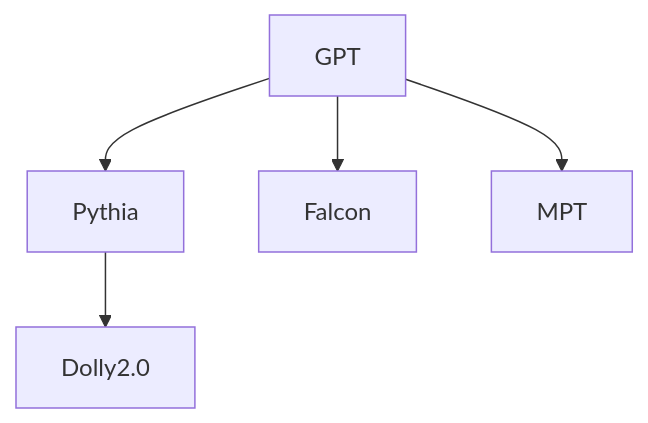
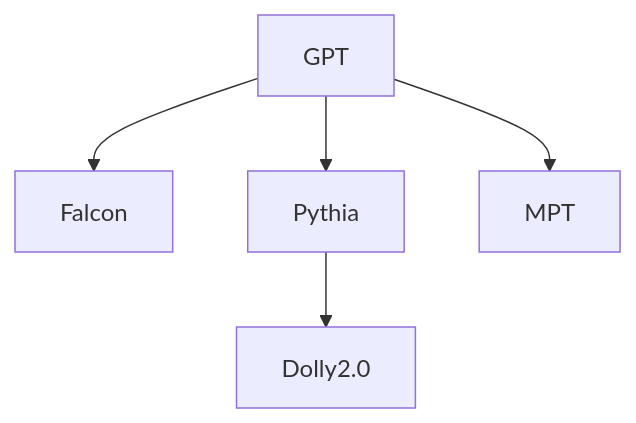
Diagram 19 of 23 in doc/llm.md (ted-sharp/chatvox), drawn with Mermaid before and after one commit. The commit also changed other lines of this file, not shown here.

````diff
--- a/doc/llm.md
+++ b/doc/llm.md
@@ -896,7 +934,7 @@
 ```mermaid
 flowchart
 
+GPT --> Falcon
 GPT --> Pythia --> Dolly2.0
-GPT --> Falcon
 GPT --> MPT
 ```
````
